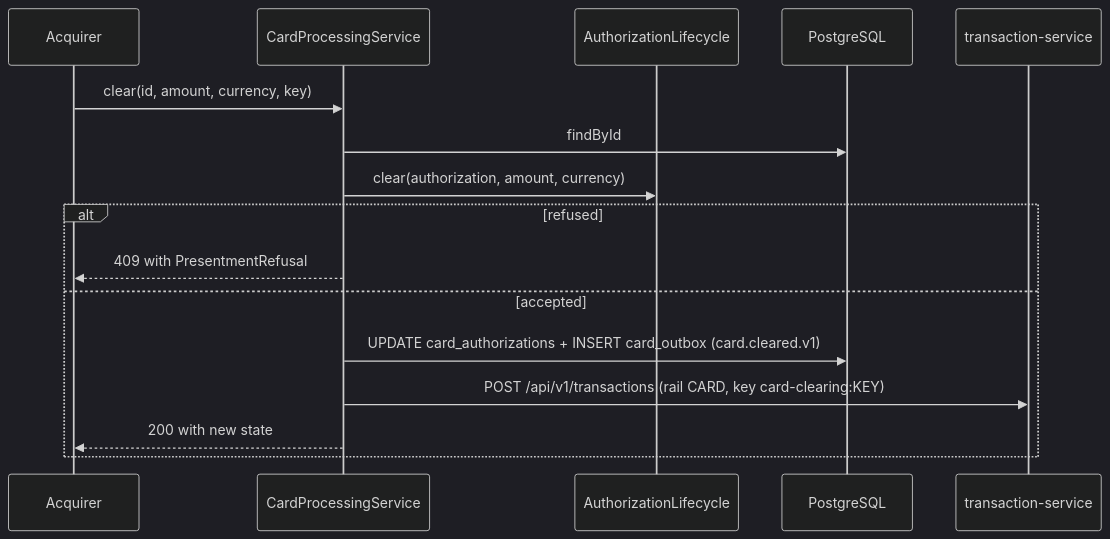
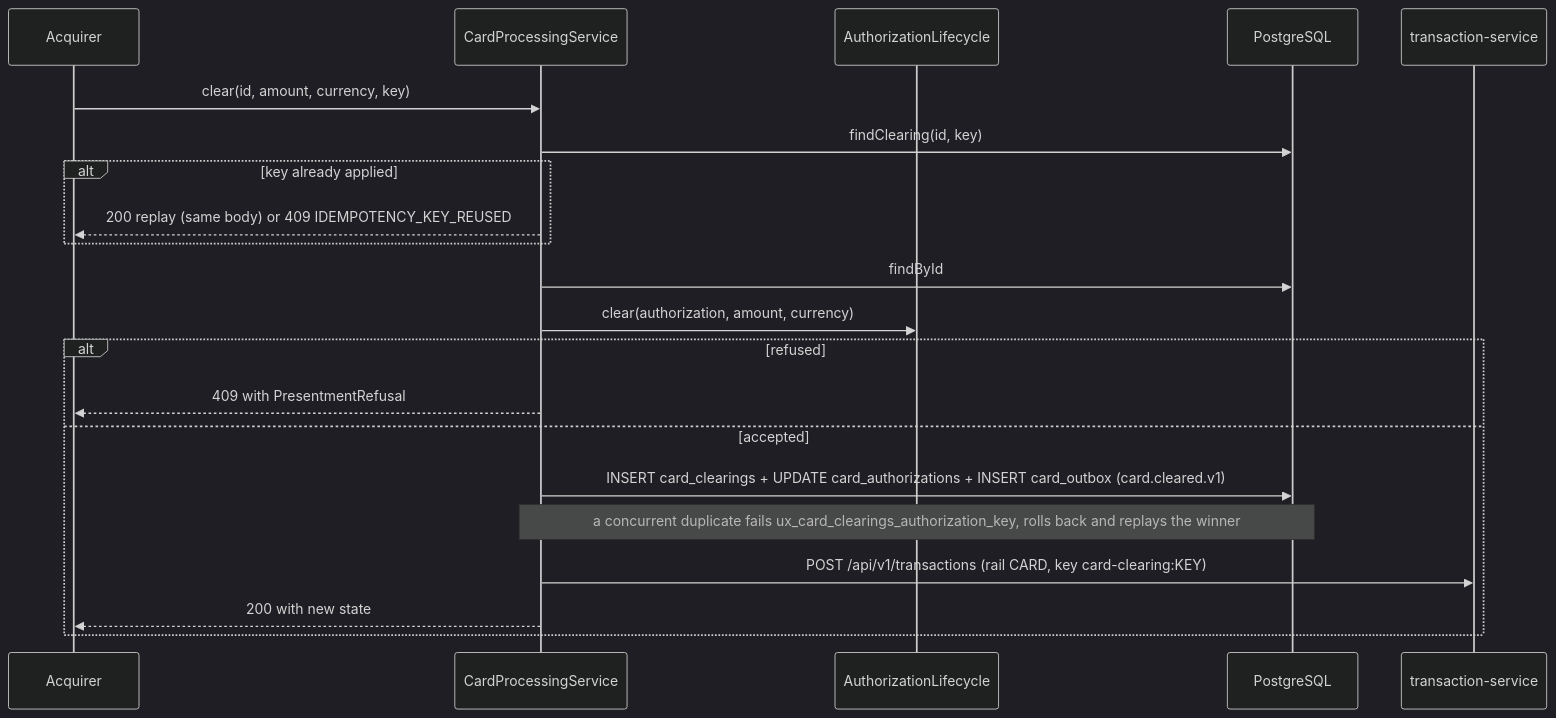
Before and after one commit to JiRaska/open-bank-oss: the fourth of 5 diagrams in openbank-card-processing-service/src/main/resources/docs/02-architecture.en.md, drawn with Mermaid (dark theme). The commit also changed other lines of this file and 18 other files, not shown here.

First line of the commit message:
fix(card-processing): apply each clearing once per key

````diff
--- a/openbank-card-processing-service/src/main/resources/docs/02-architecture.en.md
+++ b/openbank-card-processing-service/src/main/resources/docs/02-architecture.en.md
@@ -123,19 +123,24 @@
 ```mermaid
 sequenceDiagram
   participant A as Acquirer
   participant S as CardProcessingService
   participant L as AuthorizationLifecycle
   participant DB as PostgreSQL
   participant T as transaction-service
 
   A->>S: clear(id, amount, currency, key)
+  S->>DB: findClearing(id, key)
+  alt key already applied
+    S-->>A: 200 replay (same body) or 409 IDEMPOTENCY_KEY_REUSED
+  end
   S->>DB: findById
   S->>L: clear(authorization, amount, currency)
   alt refused
     S-->>A: 409 with PresentmentRefusal
   else accepted
-    S->>DB: UPDATE card_authorizations + INSERT card_outbox (card.cleared.v1)
+    S->>DB: INSERT card_clearings + UPDATE card_authorizations + INSERT card_outbox (card.cleared.v1)
+    Note over S,DB: a concurrent duplicate fails ux_card_clearings_authorization_key, rolls back and replays the winner
     S->>T: POST /api/v1/transactions (rail CARD, key card-clearing:KEY)
     S-->>A: 200 with new state
   end
 ```
````
